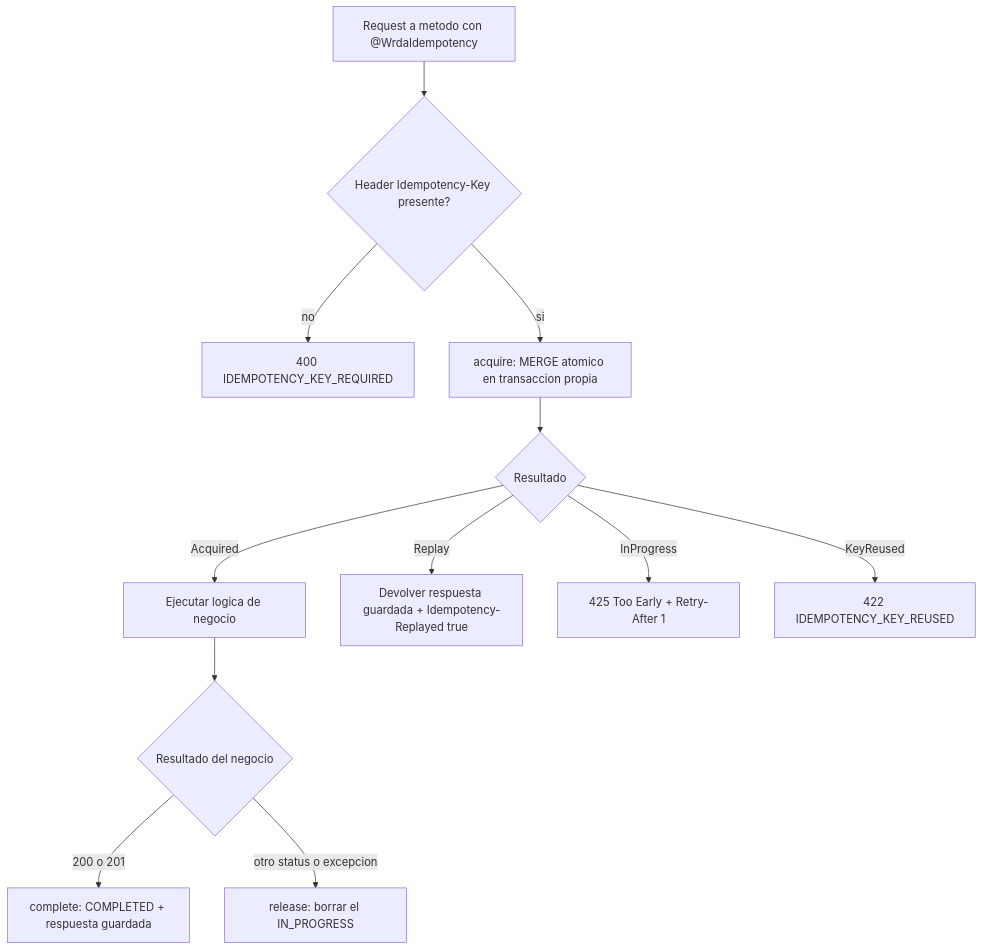
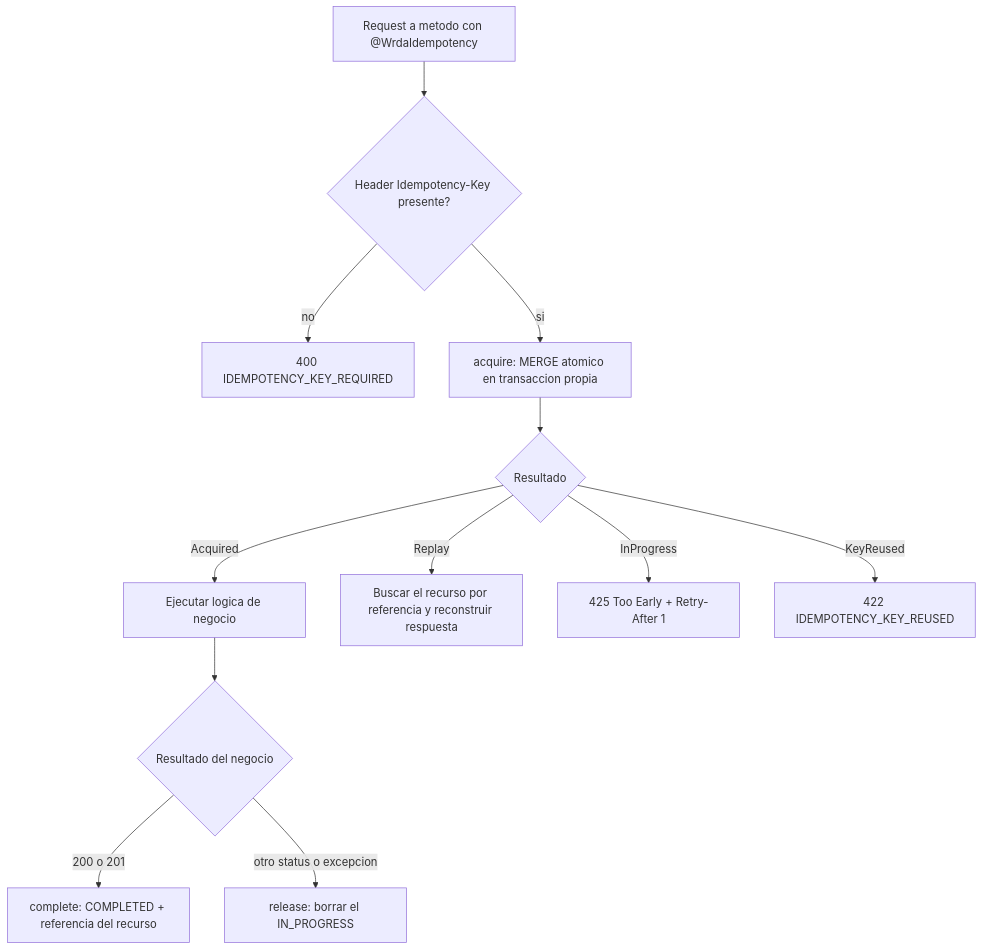
Before and after one commit to dannyverap/idempotency: the first of 2 diagrams in README.md, drawn with Mermaid. The commit also changed other lines of this file and 17 other files, not shown here.

Commit message:
feat(orders): implement order retrieval and idempotency replay handling

````diff
--- a/README.md
+++ b/README.md
@@ -46,14 +47,14 @@
 ```mermaid
 flowchart TD
     R[Request a metodo con @WrdaIdempotency] --> H{Header Idempotency-Key presente?}
-    H -- no --> E400[400 IDEMPOTENCY_KEY_REQUIRED]
-    H -- si -->     ACQ[acquire: MERGE atomico en transaccion propia]
-    ACQ --> Q{Resultado}
-    Q -- Acquired --> X[Ejecutar logica de negocio]
-    Q -- Replay --> P[Devolver respuesta guardada + Idempotency-Replayed true]
-    Q -- InProgress --> T[425 Too Early + Retry-After 1]
-    Q -- KeyReused --> U[422 IDEMPOTENCY_KEY_REUSED]
-    X --> S{Resultado del negocio}
-    S -- 200 o 201 --> C[complete: COMPLETED + respuesta guardada]
-    S -- otro status o excepcion --> L[release: borrar el IN_PROGRESS]
+H -- no --> E400[400 IDEMPOTENCY_KEY_REQUIRED]
+H -- si --> ACQ[acquire: MERGE atomico en transaccion propia]
+ACQ --> Q{Resultado}
+Q -- Acquired --> X[Ejecutar logica de negocio]
+Q -- Replay --> P[Buscar el recurso por referencia y reconstruir respuesta]
+Q -- InProgress --> T[425 Too Early + Retry-After 1]
+Q -- KeyReused --> U[422 IDEMPOTENCY_KEY_REUSED]
+X --> S{Resultado del negocio}
+S -- 200 o 201 --> C[complete: COMPLETED + referencia del recurso]
+S -- otro status o excepcion --> L[release: borrar el IN_PROGRESS]
 ```
````
